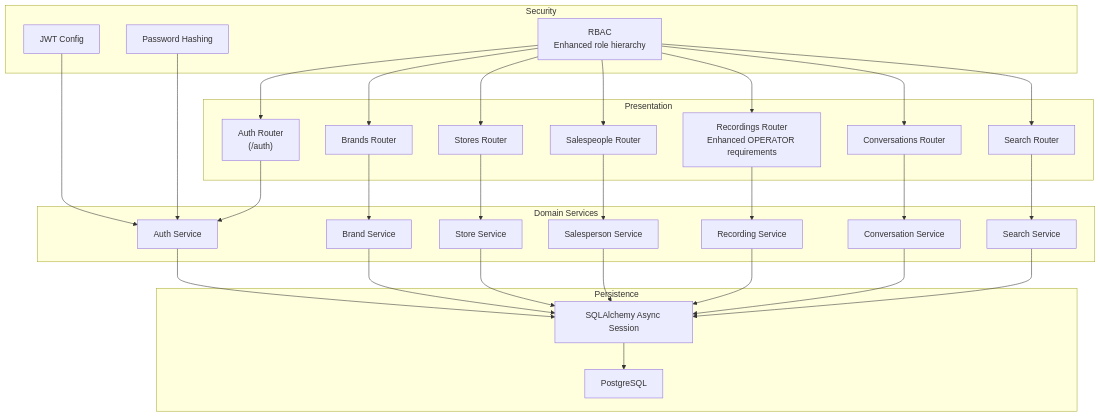
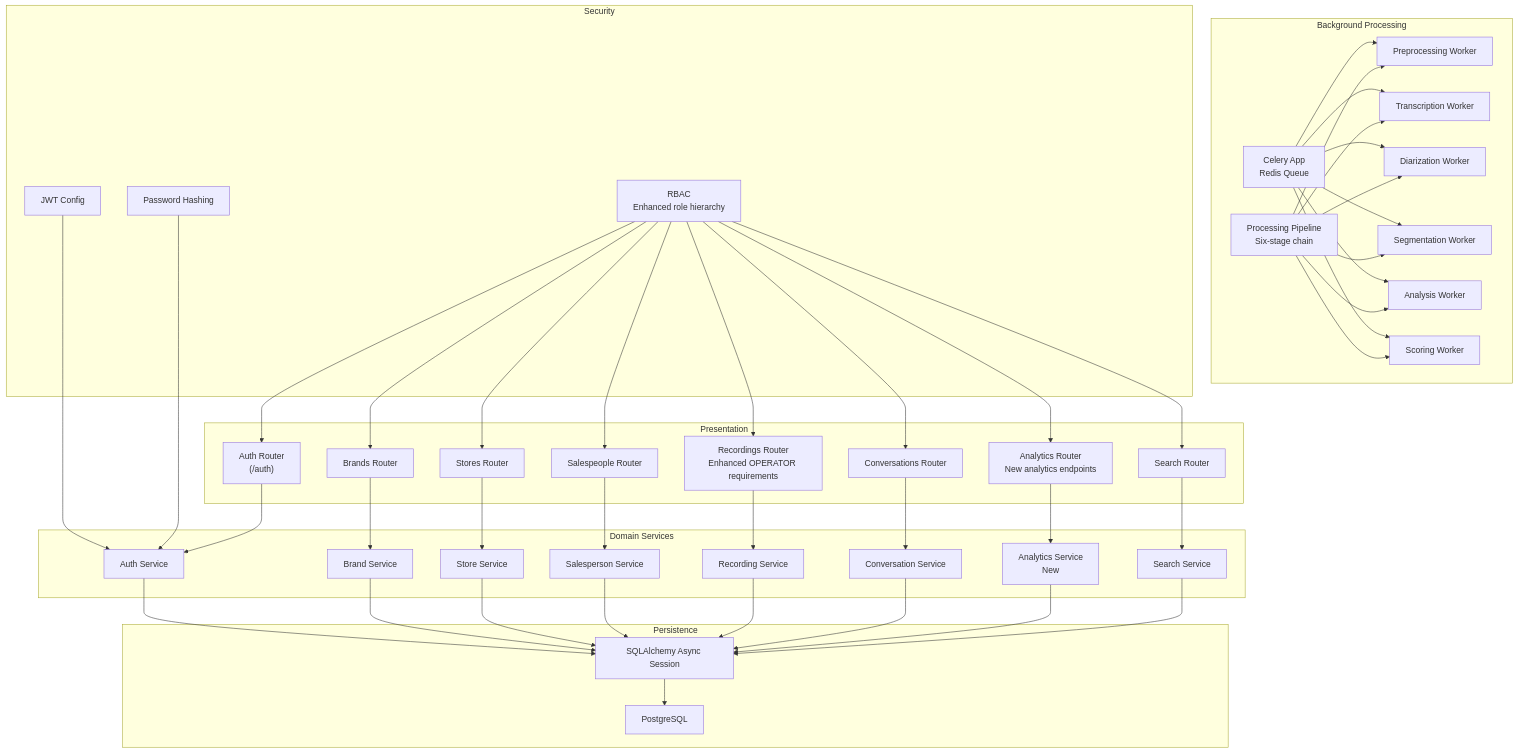
One commit to userisaziz/cxsamaa.store changed the second of 9 diagrams in .qoder/repowiki/en/content/Backend API Documentation/Backend API Documentation.md. Above: the diagram before and after it, drawn with Mermaid. The commit also changed other lines of this file and 113 other files, not shown here.

First line of the commit message:
feat(api): add analytics and celery pipeline for recording processing

````diff
--- a/.qoder/repowiki/en/content/Backend API Documentation/Backend API Documentation.md
+++ b/.qoder/repowiki/en/content/Backend API Documentation/Backend API Documentation.md
@@ -133,54 +163,81 @@
 ```mermaid
 graph TB
 subgraph "Presentation"
 R1["Auth Router<br/>(/auth)"]
 R2["Brands Router"]
 R3["Stores Router"]
 R4["Salespeople Router"]
 R5["Recordings Router<br/>Enhanced OPERATOR requirements"]
 R6["Conversations Router"]
-R7["Search Router"]
+R7["Analytics Router<br/>New analytics endpoints"]
+R8["Search Router"]
 end
 subgraph "Domain Services"
 S1["Auth Service"]
 S2["Brand Service"]
 S3["Store Service"]
 S4["Salesperson Service"]
 S5["Recording Service"]
 S6["Conversation Service"]
-S7["Search Service"]
+S7["Analytics Service<br/>New"]
+S8["Search Service"]
+end
+subgraph "Background Processing"
+W1["Celery App<br/>Redis Queue"]
+W2["Preprocessing Worker"]
+W3["Transcription Worker"]
+W4["Diarization Worker"]
+W5["Segmentation Worker"]
+W6["Analysis Worker"]
+W7["Scoring Worker"]
+P1["Processing Pipeline<br/>Six-stage chain"]
 end
 subgraph "Persistence"
-P1["SQLAlchemy Async Session"]
-P2["PostgreSQL"]
+P2["SQLAlchemy Async Session"]
+P3["PostgreSQL"]
 end
 subgraph "Security"
 C1["JWT Config"]
 C2["Password Hashing"]
 C3["RBAC<br/>Enhanced role hierarchy"]
 end
 R1 --> S1
 R2 --> S2
 R3 --> S3
 R4 --> S4
 R5 --> S5
 R6 --> S6
 R7 --> S7
-S1 --> P1
-S2 --> P1
-S3 --> P1
-S4 --> P1
-S5 --> P1
-S6 --> P1
-S7 --> P1
-P1 --> P2
+R8 --> S8
+S1 --> P2
+S2 --> P2
+S3 --> P2
+S4 --> P2
+S5 --> P2
+S6 --> P2
+S7 --> P2
+S8 --> P2
+P2 --> P3
 C1 --> S1
 C2 --> S1
 C3 --> R1
 C3 --> R2
 C3 --> R3
 C3 --> R4
 C3 --> R5
 C3 --> R6
 C3 --> R7
+C3 --> R8
+W1 --> W2
+W1 --> W3
+W1 --> W4
+W1 --> W5
+W1 --> W6
+W1 --> W7
+P1 --> W2
+P1 --> W3
+P1 --> W4
+P1 --> W5
+P1 --> W6
+P1 --> W7
 ```
````
